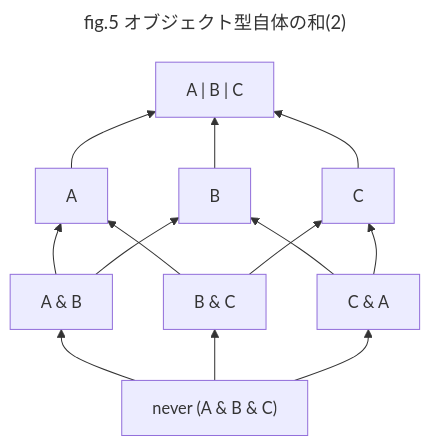
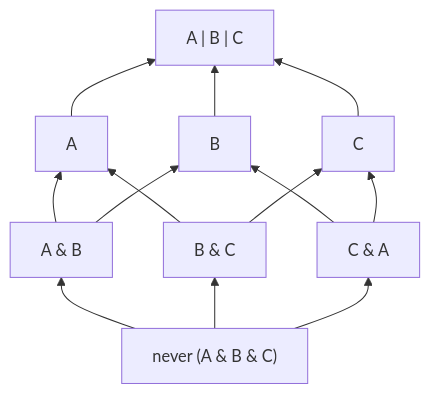
One commit to yo-goto/zenn-public-repo changed the eighth of 14 diagrams in books/algebraic-subtyping-models/6-ast-set-theoretic-model.md. Above: the diagram before and after it, drawn with Mermaid. The commit also changed other lines of this file, not shown here.

Commit message:
🐛 fix(chapter): 集合論の章でmermaidグラフからタイトルを除去(数字管理が面倒なので)

````diff
--- a/books/algebraic-subtyping-models/6-ast-set-theoretic-model.md
+++ b/books/algebraic-subtyping-models/6-ast-set-theoretic-model.md
@@ -425,22 +410,19 @@
 ```mermaid
----
-title: fig.5 オブジェクト型自体の和(2)
----
 graph BT
   B["never (A & B & C)"]
   X["A & B"]
   Y["B & C"]
   Z["C & A"]
   XY["A"]
   ZX["B"]
   YZ["C"]
   T["A | B | C"]
   B --> X & Y & Z
   X --> XY
   Y --> XY
   Z --> ZX
   Y --> YZ
   X --> ZX
   Z --> YZ
   XY & YZ & ZX --> T
 ```
````
